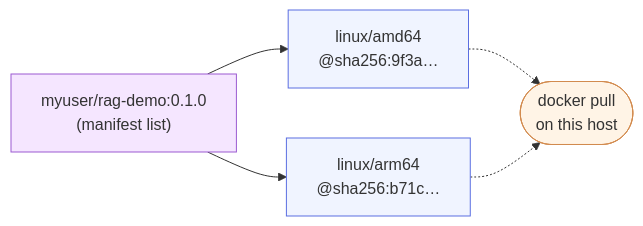
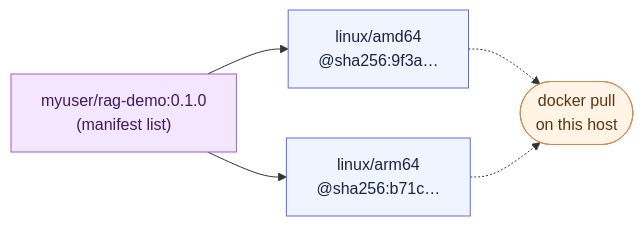
The diagram in chapter_5/l5/README.md (LinkedInLearning/docker-for-local-ai-app-development-build-lightweight-containerized-ai-applications-11189001), drawn with Mermaid before and after one commit. The commit also changed 25 other files, not shown here.

````diff
--- a/chapter_5/l5/README.md
+++ b/chapter_5/l5/README.md
@@ -56,20 +56,20 @@
 ```mermaid
 flowchart LR
   tag["myuser/rag-demo:0.1.0<br/>(manifest list)"]
   amd["linux/amd64<br/>@sha256:9f3a…"]
   arm["linux/arm64<br/>@sha256:b71c…"]
   pull(["docker pull<br/>on this host"])
 
   tag --> amd
   tag --> arm
   amd -.-> pull
   arm -.-> pull
 
-  classDef modelStyle fill:#f5e6ff,stroke:#9b5bd1,stroke-width:1px;
-  classDef artifactStyle fill:#f0f4ff,stroke:#5b6ee1,stroke-width:1px;
-  classDef actionStyle fill:#fff4e6,stroke:#d28b4f,stroke-width:1px;
+  classDef modelStyle fill:#f5e6ff,stroke:#9b5bd1,stroke-width:1px,color:#3d1a5c;
+  classDef artifactStyle fill:#f0f4ff,stroke:#5b6ee1,stroke-width:1px,color:#1a2440;
+  classDef actionStyle fill:#fff4e6,stroke:#d28b4f,stroke-width:1px,color:#5c3410;
 
   class tag modelStyle;
   class amd,arm artifactStyle;
   class pull actionStyle;
 ```
````
